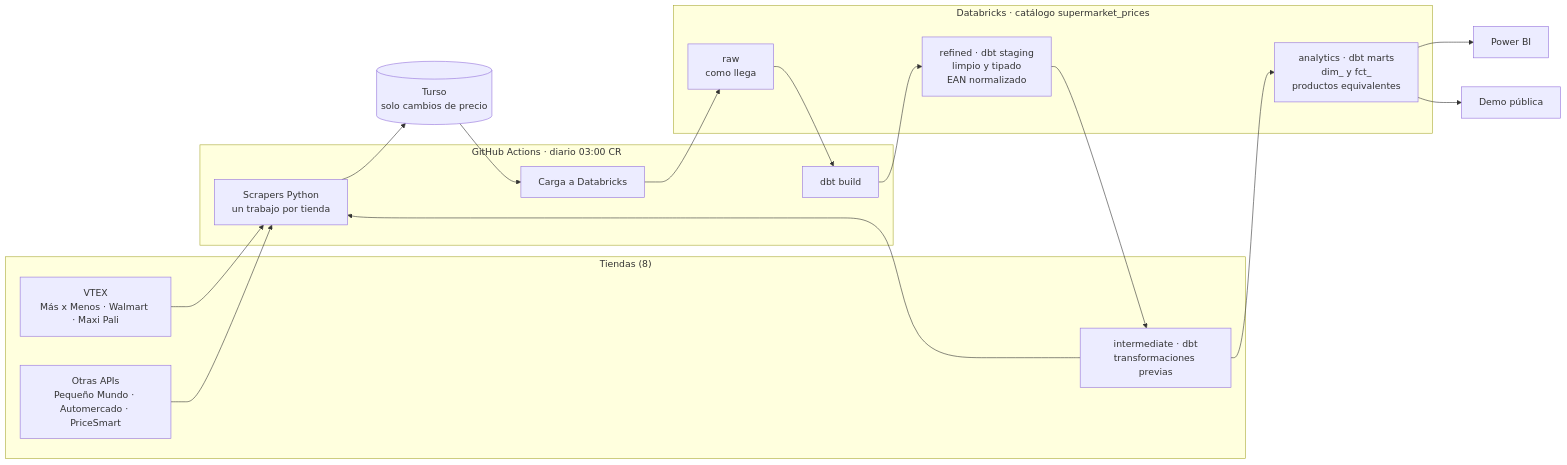
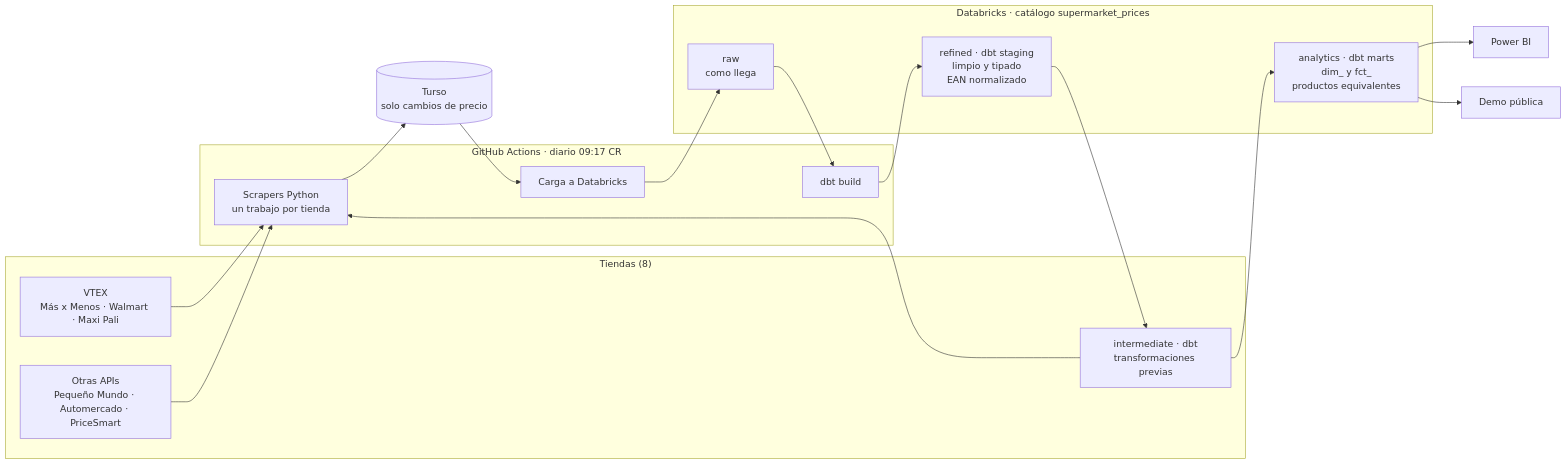
One commit to DannyV1992/price_comparator changed the diagram in docs/arquitectura.md. Above: the diagram before and after it, drawn with Mermaid. The commit also changed 1 other file, not shown here.

Commit message:
Actualiza el README y la arquitectura: web, historial en Turso, curl_cffi y hora de la descarga

````diff
--- a/docs/arquitectura.md
+++ b/docs/arquitectura.md
@@ -6,35 +6,35 @@
 ```mermaid
 flowchart LR
     subgraph Fuentes["Tiendas (8)"]
         V[VTEX<br/>Más x Menos · Walmart · Maxi Pali]
         I[Instaleap<br/>Megasuper · Perimercados]
         O[Otras APIs<br/>Pequeño Mundo · Automercado · PriceSmart]
     end
 
-    subgraph GHA["GitHub Actions · diario 03:00 CR"]
+    subgraph GHA["GitHub Actions · diario 09:17 CR"]
         S[Scrapers Python<br/>un trabajo por tienda]
         L[Carga a Databricks]
         D[dbt build]
     end
 
     T[(Turso<br/>solo cambios de precio)]
 
     subgraph DBX["Databricks · catálogo supermarket_prices"]
         R[raw<br/>como llega]
         F[refined · dbt staging<br/>limpio y tipado<br/>EAN normalizado]
         I[intermediate · dbt<br/>transformaciones previas]
         A[analytics · dbt marts<br/>dim_ y fct_<br/>productos equivalentes]
     end
 
     BI[Power BI]
     APP[Demo pública]
 
     V --> S
     I --> S
     O --> S
     S --> T
     T --> L --> R
     R --> D --> F --> I --> A
     A --> BI
     A --> APP
 ```
````
